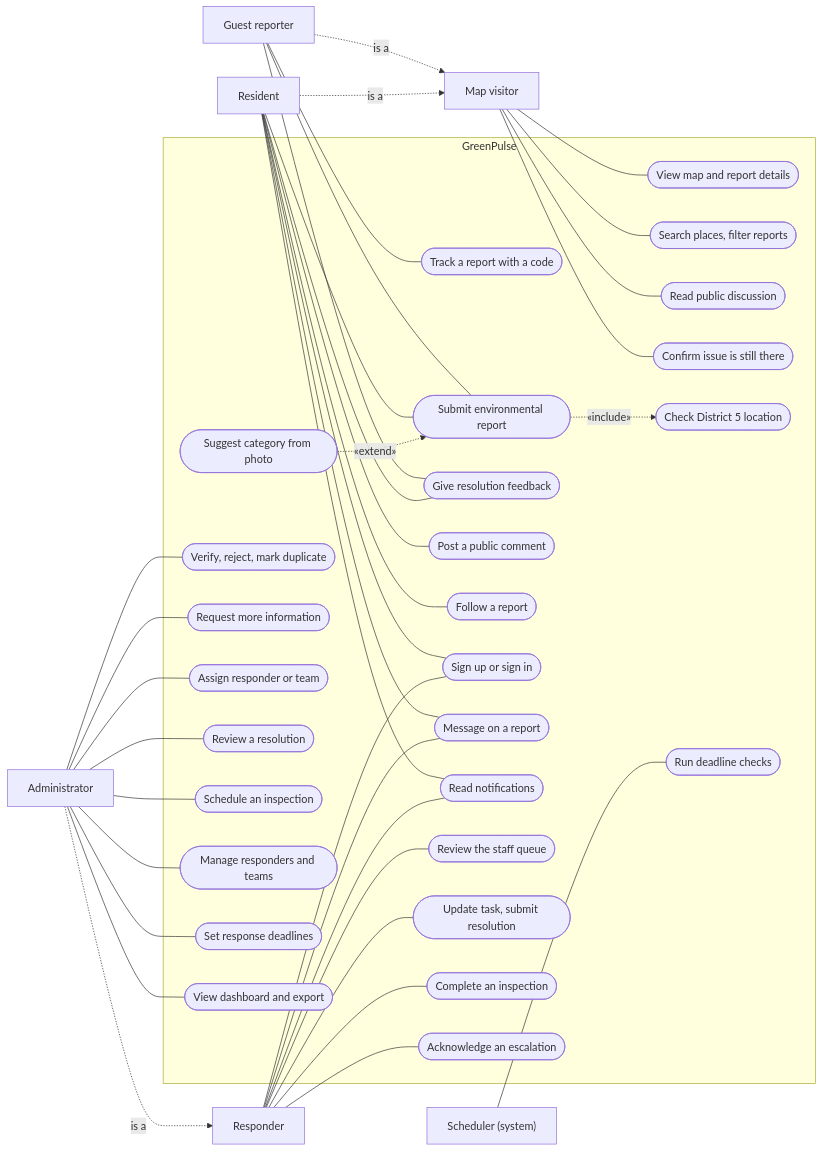
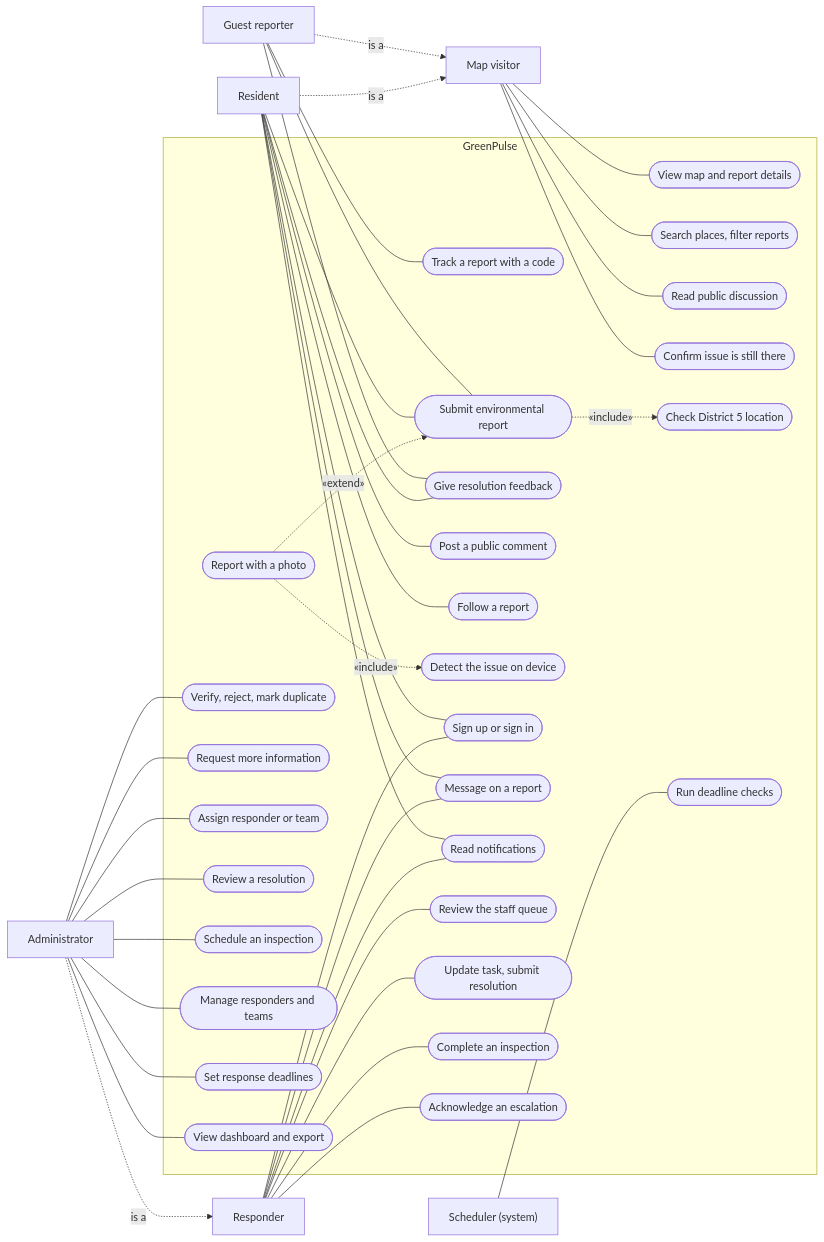
The second of 7 diagrams in docs/system-design.md (K2devv/GreenPulse), drawn with Mermaid before and after one commit. The commit also changed other lines of this file, not shown here.

First line of the commit message:
Update the system design for reporting with a photo

````diff
--- a/docs/system-design.md
+++ b/docs/system-design.md
@@ -64,52 +64,54 @@
 ```mermaid
 flowchart LR
   Visitor["Map visitor"]
   Guest["Guest reporter"]
   Resident["Resident"]
   Responder["Responder"]
   Admin["Administrator"]
   Scheduler["Scheduler (system)"]
 
   subgraph GP["GreenPulse"]
     UC1(["View map and report details"])
     UC2(["Search places, filter reports"])
     UC3(["Read public discussion"])
     UC4(["Confirm issue is still there"])
     UC5(["Track a report with a code"])
     UC6(["Submit environmental report"])
     UC7(["Give resolution feedback"])
     UC8(["Post a public comment"])
     UC9(["Follow a report"])
     UC10(["Check District 5 location"])
-    UC11(["Suggest category from photo"])
+    UC11(["Report with a photo"])
+    UC28(["Detect the issue on device"])
     UC12(["Sign up or sign in"])
     UC13(["Message on a report"])
     UC14(["Read notifications"])
     UC15(["Review the staff queue"])
     UC16(["Update task, submit resolution"])
     UC17(["Complete an inspection"])
     UC18(["Acknowledge an escalation"])
     UC19(["Verify, reject, mark duplicate"])
     UC20(["Request more information"])
     UC21(["Assign responder or team"])
     UC22(["Review a resolution"])
     UC23(["Schedule an inspection"])
     UC24(["Manage responders and teams"])
     UC25(["Set response deadlines"])
     UC26(["View dashboard and export"])
     UC27(["Run deadline checks"])
   end
 
   Guest -.->|is a| Visitor
   Resident -.->|is a| Visitor
   Admin -.->|is a| Responder
 
   Visitor --- UC1 & UC2 & UC3 & UC4
   Guest --- UC5 & UC6 & UC7
   Resident --- UC6 & UC7 & UC8 & UC9 & UC12 & UC13 & UC14
   Responder --- UC12 & UC13 & UC14 & UC15 & UC16 & UC17 & UC18
   Admin --- UC19 & UC20 & UC21 & UC22 & UC23 & UC24 & UC25 & UC26
   Scheduler --- UC27
   UC6 -.->|«include»| UC10
   UC11 -.->|«extend»| UC6
+  UC11 -.->|«include»| UC28
 ```
````
